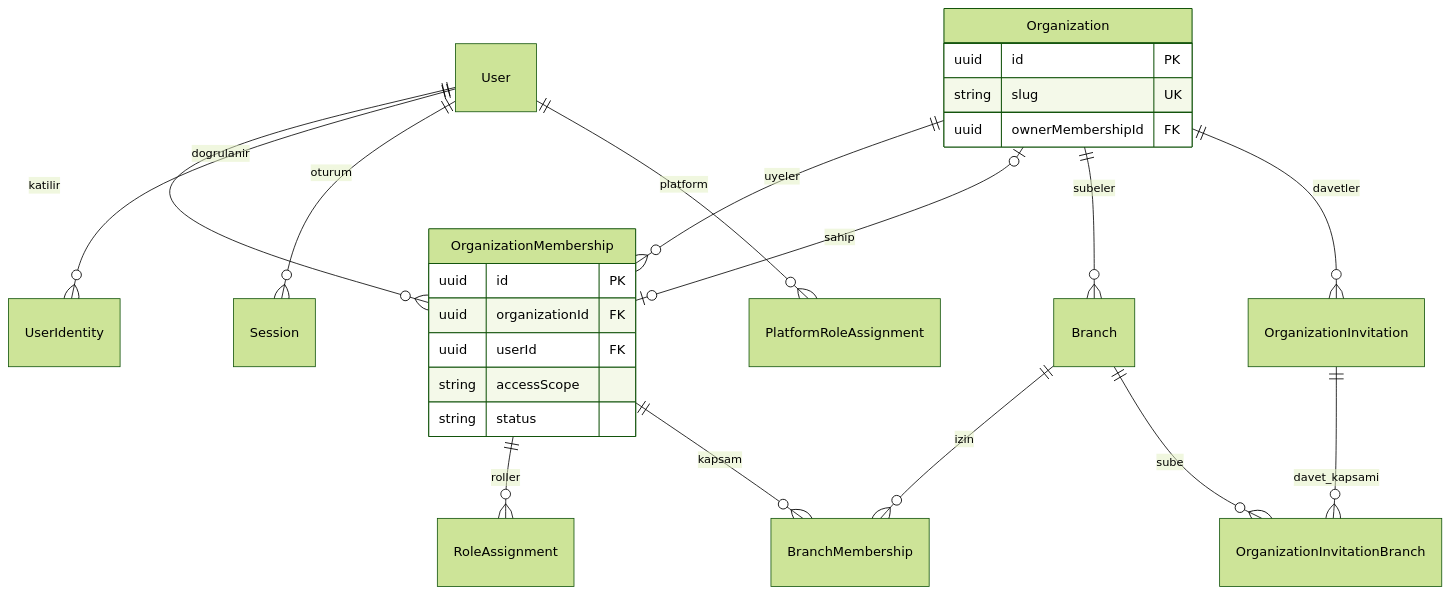
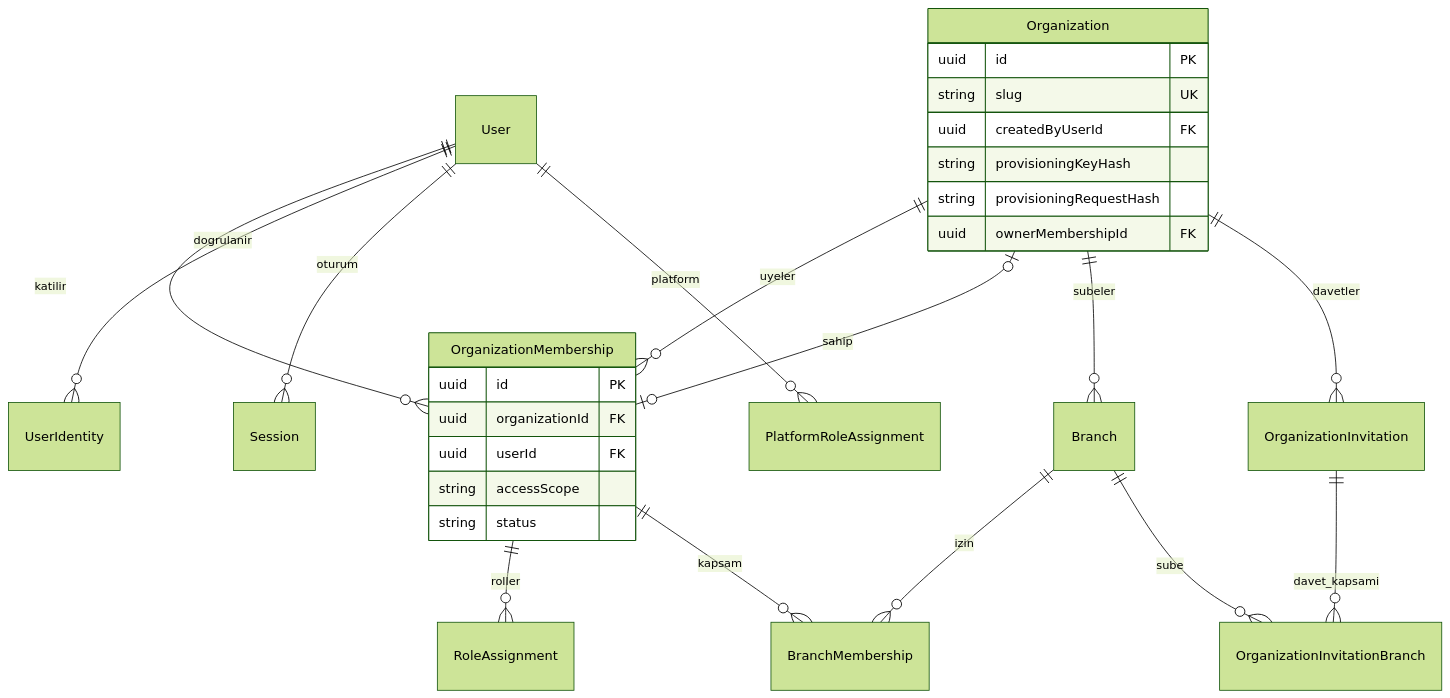
One commit to TerekliTahaBerk/panel-test changed the second of 8 diagrams in docs/architecture/diagrams.md. Above: the diagram before and after it, drawn with Mermaid (forest theme). The commit also changed other lines of this file and 10 other files, not shown here.

Commit message:
docs: resolve provisioning and tenant junction architecture review

````diff
--- a/docs/architecture/diagrams.md
+++ b/docs/architecture/diagrams.md
@@ -37,28 +37,31 @@
 ```mermaid
 erDiagram
   User ||--o{ OrganizationMembership : katilir
   User ||--o{ UserIdentity : dogrulanir
   User ||--o{ Session : oturum
   User ||--o{ PlatformRoleAssignment : platform
   Organization ||--o{ OrganizationMembership : uyeler
   Organization o|--o| OrganizationMembership : sahip
   OrganizationMembership ||--o{ RoleAssignment : roller
   Organization ||--o{ Branch : subeler
   OrganizationMembership ||--o{ BranchMembership : kapsam
   Branch ||--o{ BranchMembership : izin
   Organization ||--o{ OrganizationInvitation : davetler
   OrganizationInvitation ||--o{ OrganizationInvitationBranch : davet_kapsami
   Branch ||--o{ OrganizationInvitationBranch : sube
   Organization {
     uuid id PK
     string slug UK
+    uuid createdByUserId FK
+    string provisioningKeyHash
+    string provisioningRequestHash
     uuid ownerMembershipId FK
   }
   OrganizationMembership {
     uuid id PK
     uuid organizationId FK
     uuid userId FK
     string accessScope
     string status
   }
 ```
````
